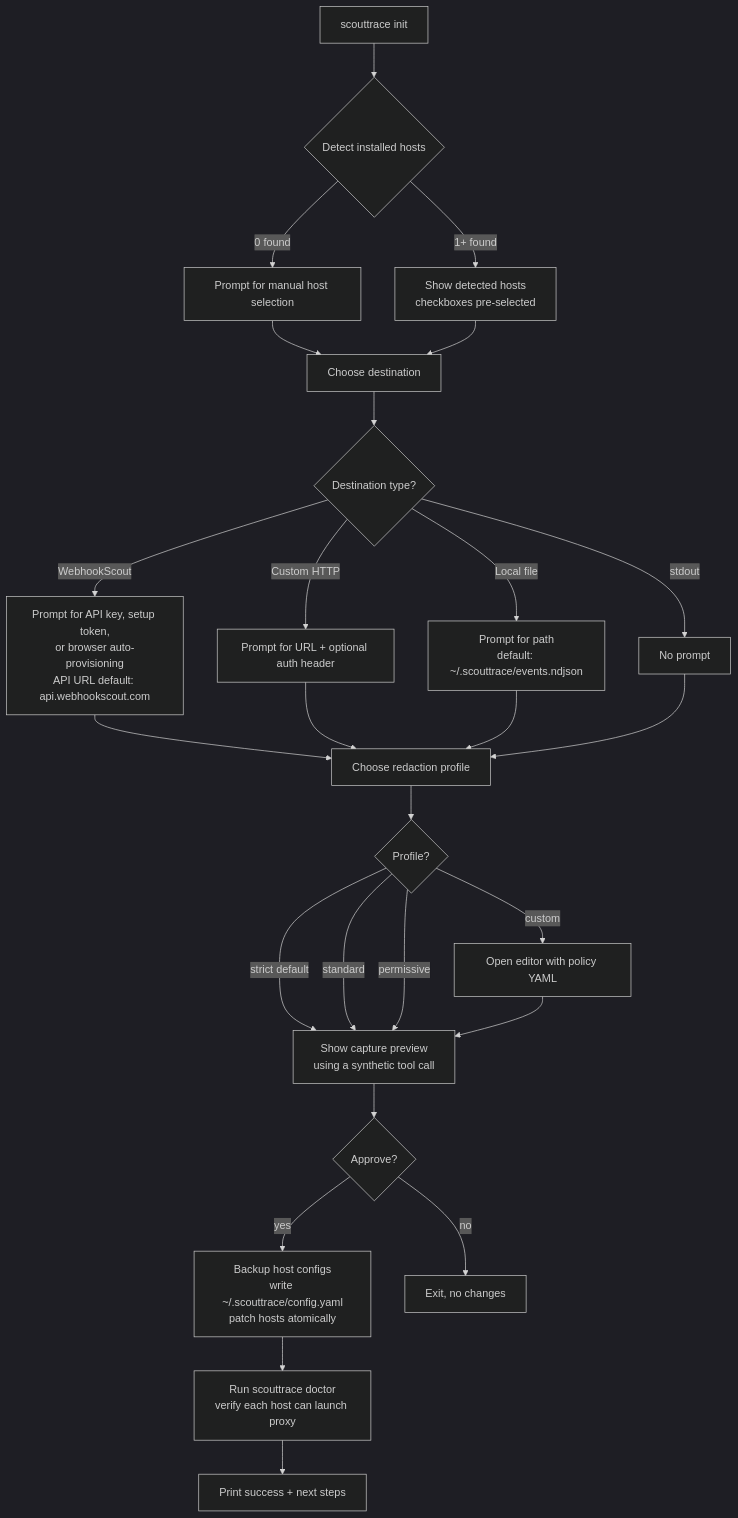
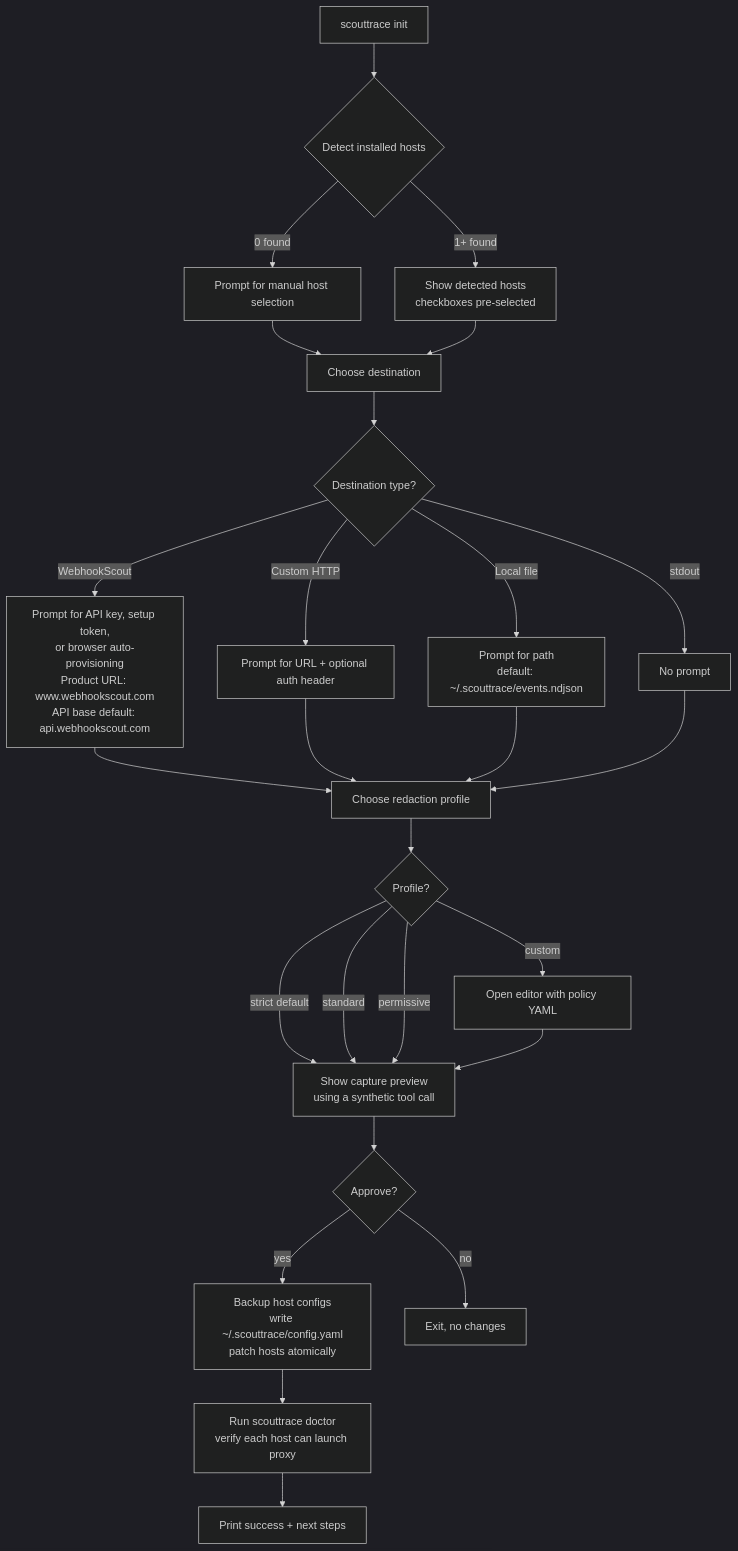
The first of 4 diagrams in docs/PRD.md (Applexica/ScoutTrace), drawn with Mermaid (dark theme) before and after one commit. The commit also changed other lines of this file and 1 other file, not shown here.

Commit message:
docs: clarify Homebrew install and WebhookScout URL

````diff
--- a/docs/PRD.md
+++ b/docs/PRD.md
@@ -93,28 +93,28 @@
 ```mermaid
 flowchart TD
     A[scouttrace init] --> B{Detect installed hosts}
     B -->|0 found| C[Prompt for manual host selection]
     B -->|1+ found| D[Show detected hosts<br/>checkboxes pre-selected]
     C --> E[Choose destination]
     D --> E
     E --> F{Destination type?}
-    F -->|WebhookScout| G[Prompt for API key, setup token,<br/>or browser auto-provisioning<br/>API URL default: api.webhookscout.com]
+    F -->|WebhookScout| G[Prompt for API key, setup token,<br/>or browser auto-provisioning<br/>Product URL: www.webhookscout.com<br/>API base default: api.webhookscout.com]
     F -->|Custom HTTP| H[Prompt for URL + optional auth header]
     F -->|Local file| I[Prompt for path<br/>default: ~/.scouttrace/events.ndjson]
     F -->|stdout| J[No prompt]
     G --> K[Choose redaction profile]
     H --> K
     I --> K
     J --> K
     K --> L{Profile?}
     L -->|strict default| M[Show capture preview<br/>using a synthetic tool call]
     L -->|standard| M
     L -->|permissive| M
     L -->|custom| N[Open editor with policy YAML]
     N --> M
     M --> O{Approve?}
     O -->|yes| P[Backup host configs<br/>write ~/.scouttrace/config.yaml<br/>patch hosts atomically]
     O -->|no| Q[Exit, no changes]
     P --> R[Run scouttrace doctor<br/>verify each host can launch proxy]
     R --> S[Print success + next steps]
 ```
````
